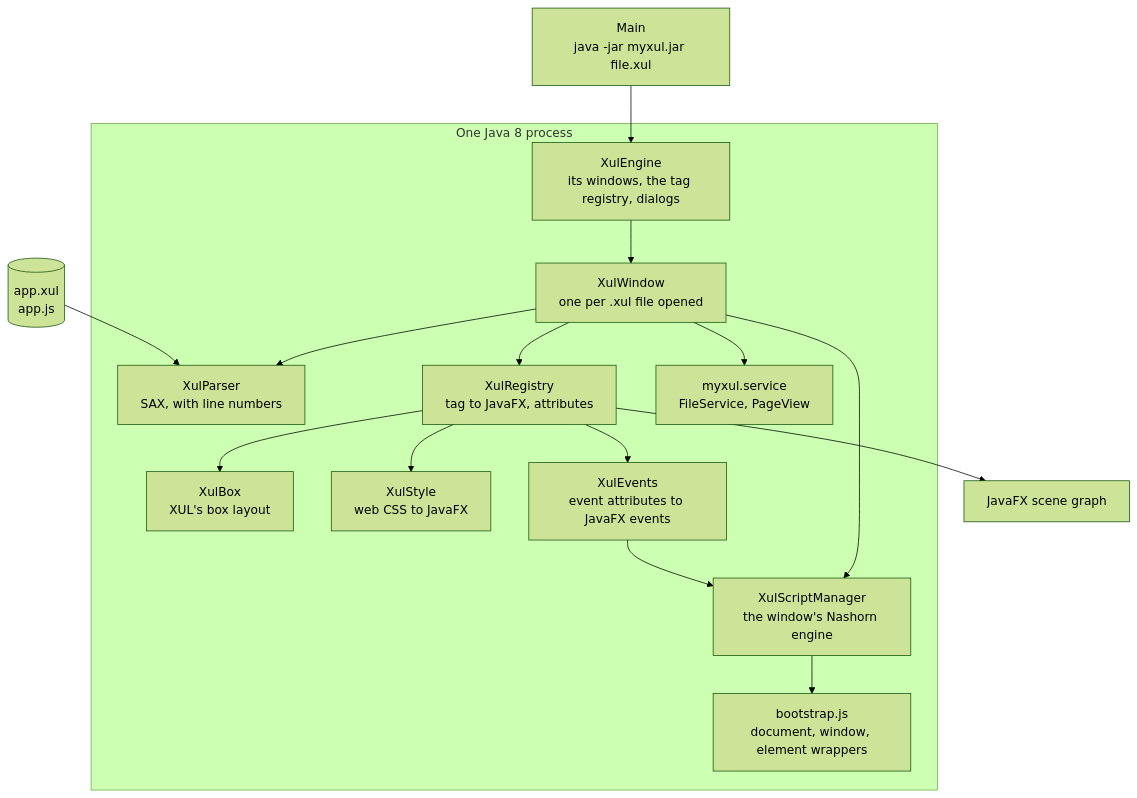
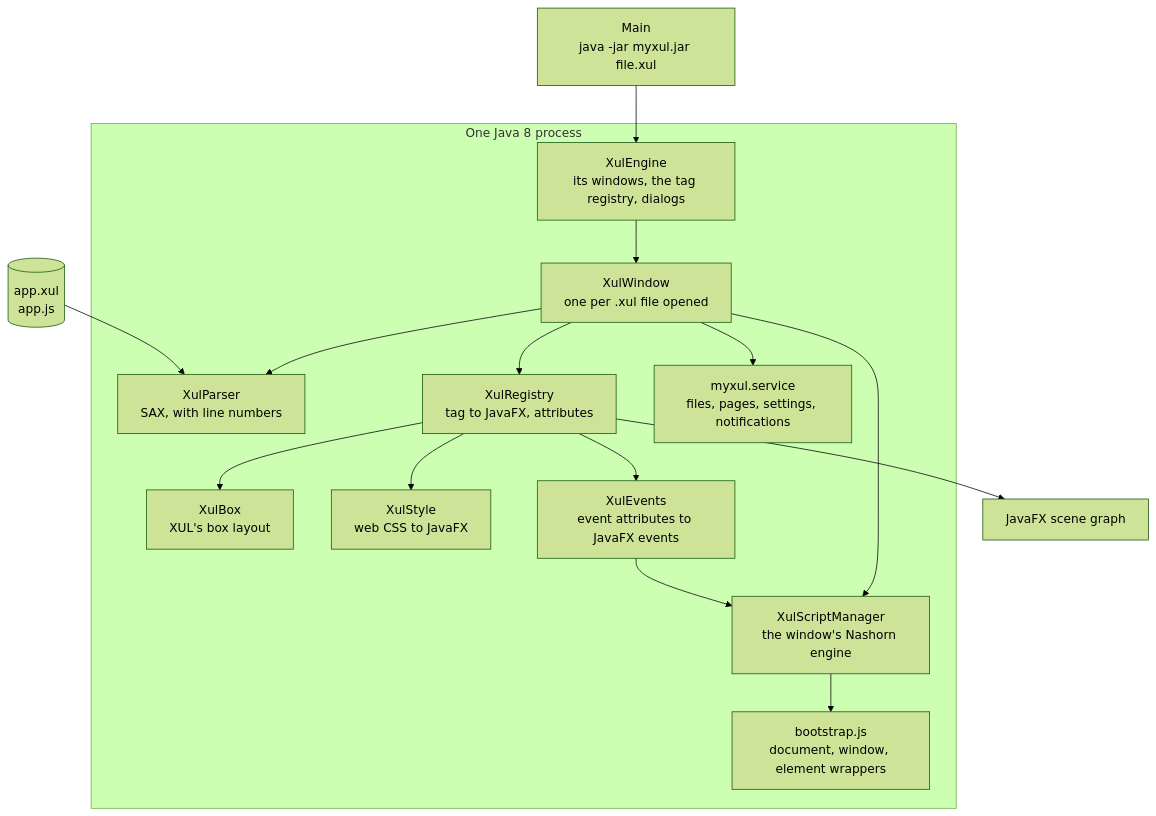
One commit to rwarouw00/peer-os changed the diagram in wiki17myxul/architecture.md. Above: the diagram before and after it, drawn with Mermaid (forest theme). The commit also changed other lines of this file and 44 other files, not shown here.

First line of the commit message:
Port Skylight's Terminal, Settings and Web Browser to myxul

````diff
--- a/wiki17myxul/architecture.md
+++ b/wiki17myxul/architecture.md
@@ -5,28 +5,28 @@
 ```mermaid
 flowchart TB
     Main["Main<br/>java -jar myxul.jar file.xul"] --> Engine
     subgraph JVM["One Java 8 process"]
         Engine["XulEngine<br/>its windows, the tag registry, dialogs"]
         Window["XulWindow<br/>one per .xul file opened"]
         Parser["XulParser<br/>SAX, with line numbers"]
         Registry["XulRegistry<br/>tag to JavaFX, attributes"]
         Box["XulBox<br/>XUL's box layout"]
         Style["XulStyle<br/>web CSS to JavaFX"]
         Events["XulEvents<br/>event attributes to JavaFX events"]
         Scripts["XulScriptManager<br/>the window's Nashorn engine"]
         Boot["bootstrap.js<br/>document, window, element wrappers"]
-        Services["myxul.service<br/>FileService, PageView"]
+        Services["myxul.service<br/>files, pages, settings, notifications"]
         Engine --> Window
         Window --> Parser
         Window --> Registry
         Registry --> Box
         Registry --> Style
         Registry --> Events
         Window --> Scripts
         Scripts --> Boot
         Window --> Services
         Events --> Scripts
     end
     Xul[("app.xul<br/>app.js")] --> Parser
     Registry --> FX["JavaFX scene graph"]
 ```
````
